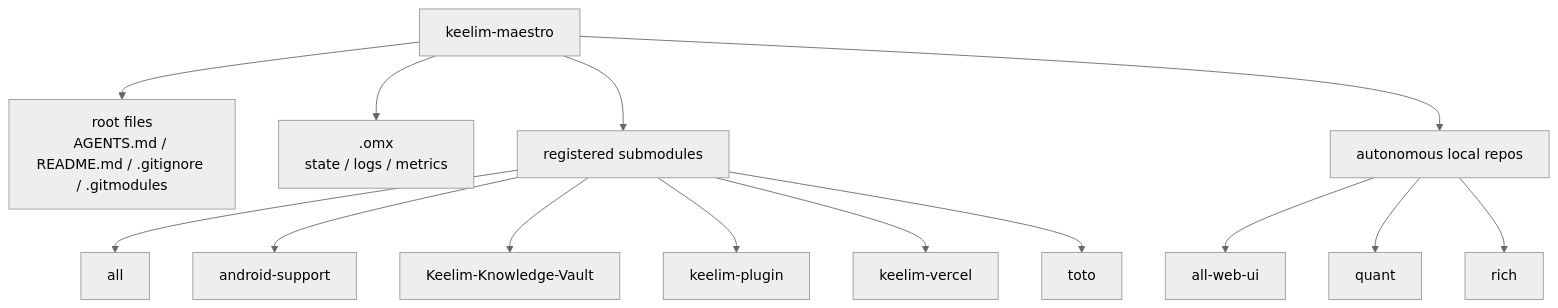
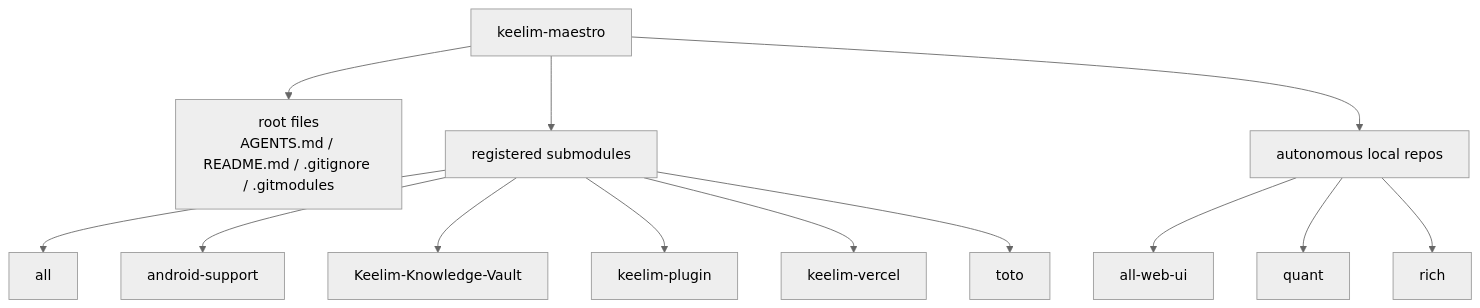
One commit to keelim/keelim-maestro changed the first of 2 diagrams in README.md. Above: the diagram before and after it, drawn with Mermaid (neutral theme). The commit also changed other lines of this file, not shown here.

````diff
--- a/README.md
+++ b/README.md
@@ -7,20 +7,19 @@
 ```mermaid
 flowchart TB
     root["keelim-maestro"]
 
     root --> rootFiles["root files<br/>AGENTS.md / README.md / .gitignore / .gitmodules"]
-    root --> omx[".omx<br/>state / logs / metrics"]
     root --> submodules["registered submodules"]
     root --> localRepos["autonomous local repos"]
 
     submodules --> all["all"]
     submodules --> android["android-support"]
     submodules --> vault["Keelim-Knowledge-Vault"]
     submodules --> skill["keelim-plugin"]
     submodules --> vercel["keelim-vercel"]
     submodules --> toto["toto"]
 
     localRepos --> allWebUi["all-web-ui"]
     localRepos --> quant["quant"]
     localRepos --> rich["rich"]
 ```
````
